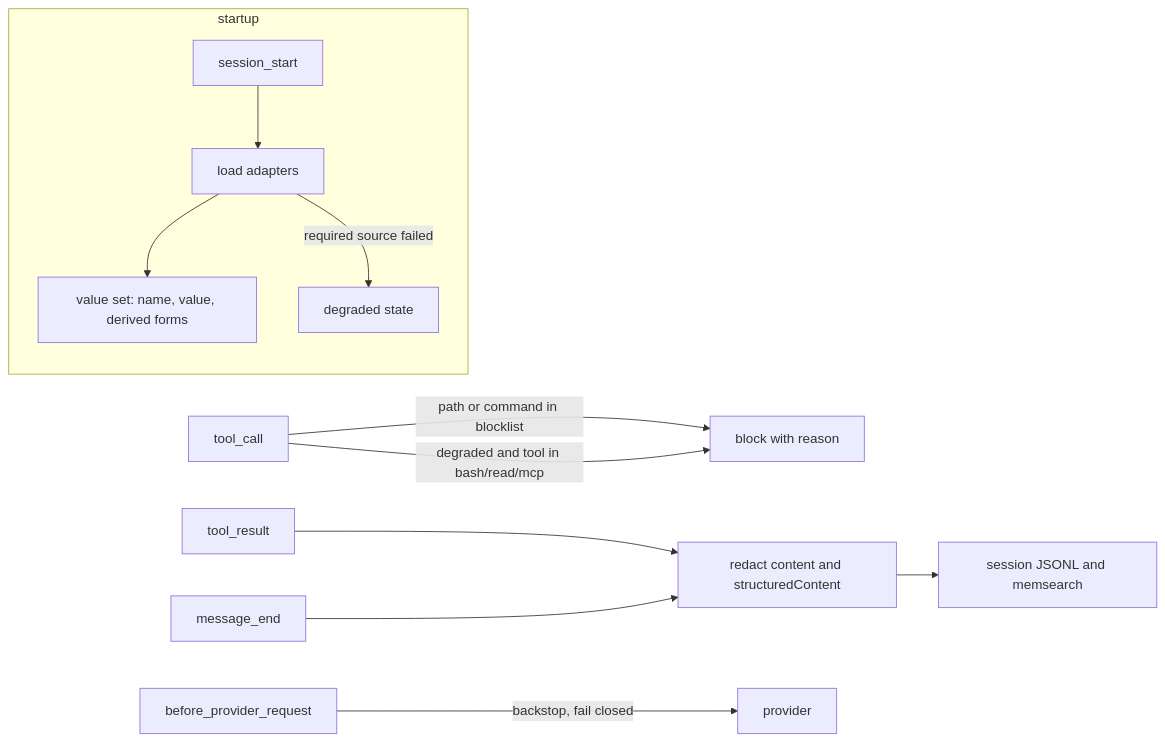
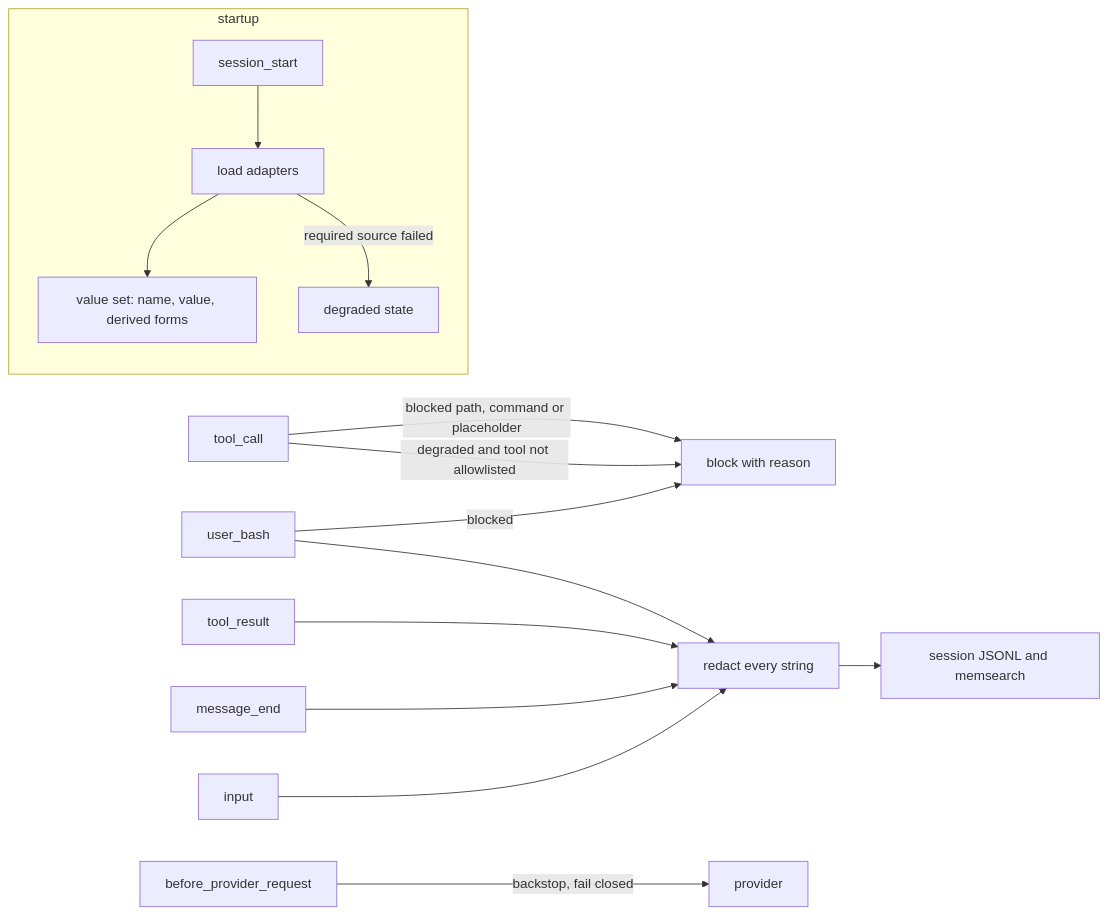
The diagram in meta/spec.md (espadat-studio/motus), drawn with Mermaid before and after one commit. The commit also changed other lines of this file and 3 other files, not shown here.

````diff
--- a/meta/spec.md
+++ b/meta/spec.md
@@ -30,14 +38,17 @@
 ```mermaid
 flowchart LR
   subgraph startup
     SS[session_start] --> L[load adapters]
     L --> V[value set: name, value, derived forms]
     L -->|required source failed| F[degraded state]
   end
-  TC[tool_call] -->|path or command in blocklist| BLK[block with reason]
-  TC -->|degraded and tool in bash/read/mcp| BLK
-  TR[tool_result] --> RED[redact content and structuredContent]
+  TC[tool_call] -->|blocked path, command or placeholder| BLK[block with reason]
+  TC -->|degraded and tool not allowlisted| BLK
+  UB[user_bash] -->|blocked| BLK
+  UB --> RED
+  TR[tool_result] --> RED[redact every string]
   ME[message_end] --> RED
+  IN[input] --> RED
   RED --> JSONL[session JSONL and memsearch]
   BPR[before_provider_request] -->|backstop, fail closed| PROV[provider]
 ```
````
